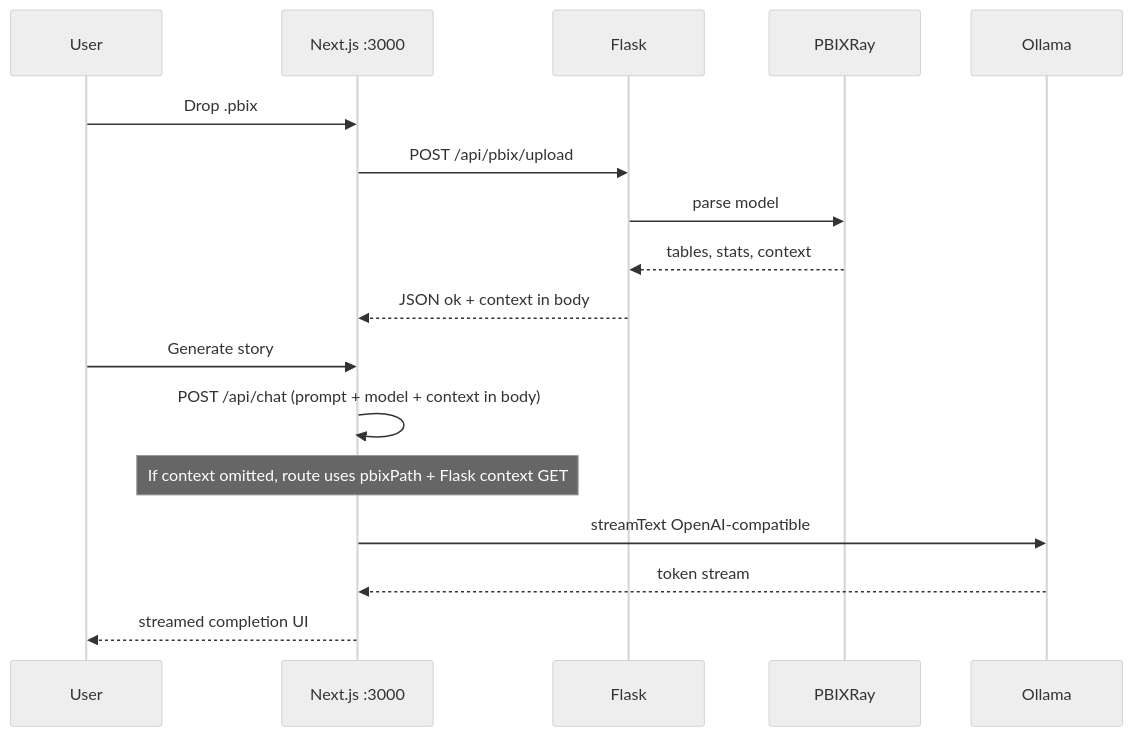
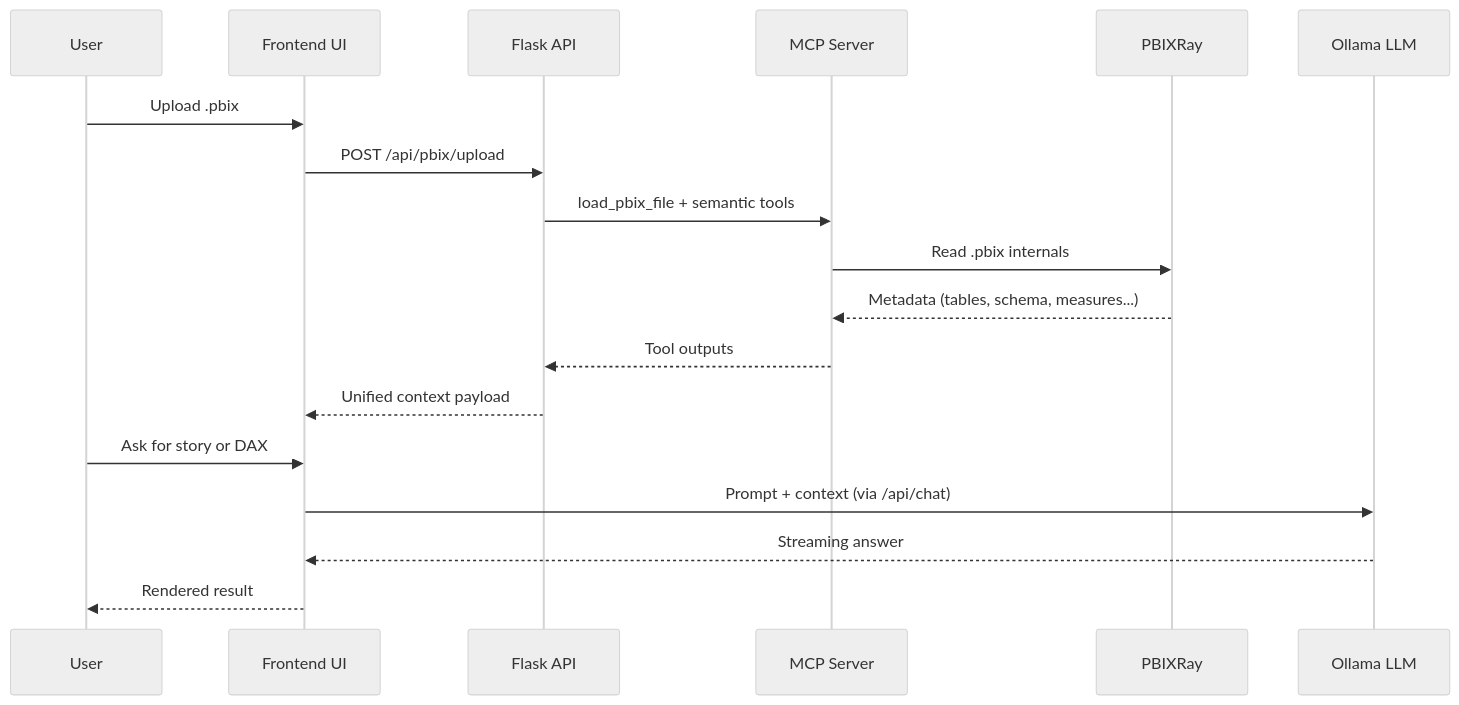
One commit to ferchichitasnim/PFE_V2 changed the third of 8 diagrams in docs/PROJECT_DOCUMENTATION.md. Above: the diagram before and after it, drawn with Mermaid (neutral theme). The commit also changed other lines of this file and 45 other files, not shown here.

````diff
--- a/docs/PROJECT_DOCUMENTATION.md
+++ b/docs/PROJECT_DOCUMENTATION.md
@@ -218,21 +283,21 @@
 ```mermaid
 sequenceDiagram
-  participant U as User
-  participant N as Next.js :3000
-  participant F as Flask
-  participant P as PBIXRay
-  participant O as Ollama
+    participant User
+    participant Frontend as Frontend UI
+    participant Flask as Flask API
+    participant MCP as MCP Server
+    participant PBIX as PBIXRay
+    participant LLM as Ollama LLM
 
-  U->>N: Drop .pbix
-  N->>F: POST /api/pbix/upload
-  F->>P: parse model
-  P-->>F: tables, stats, context
-  F-->>N: JSON ok + context in body
-
-  U->>N: Generate story
-  N->>N: POST /api/chat (prompt + model + context in body)
-  Note over N: If context omitted, route uses pbixPath + Flask context GET
-  N->>O: streamText OpenAI-compatible
-  O-->>N: token stream
-  N-->>U: streamed completion UI
+    User->>Frontend: Upload .pbix
+    Frontend->>Flask: POST /api/pbix/upload
+    Flask->>MCP: load_pbix_file + semantic tools
+    MCP->>PBIX: Read .pbix internals
+    PBIX-->>MCP: Metadata (tables, schema, measures...)
+    MCP-->>Flask: Tool outputs
+    Flask-->>Frontend: Unified context payload
+    User->>Frontend: Ask for story or DAX
+    Frontend->>LLM: Prompt + context (via /api/chat)
+    LLM-->>Frontend: Streaming answer
+    Frontend-->>User: Rendered result
 ```
````
